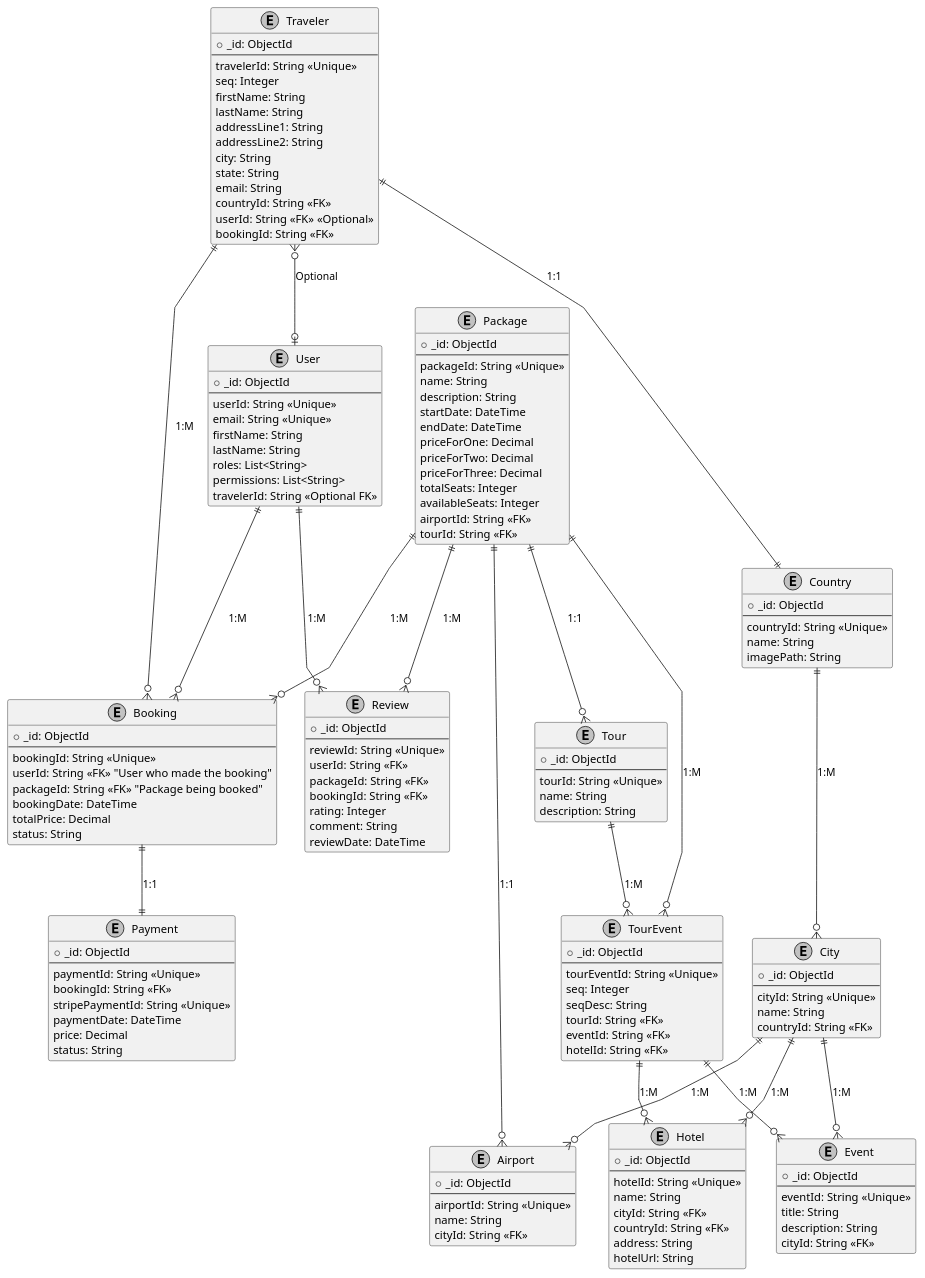
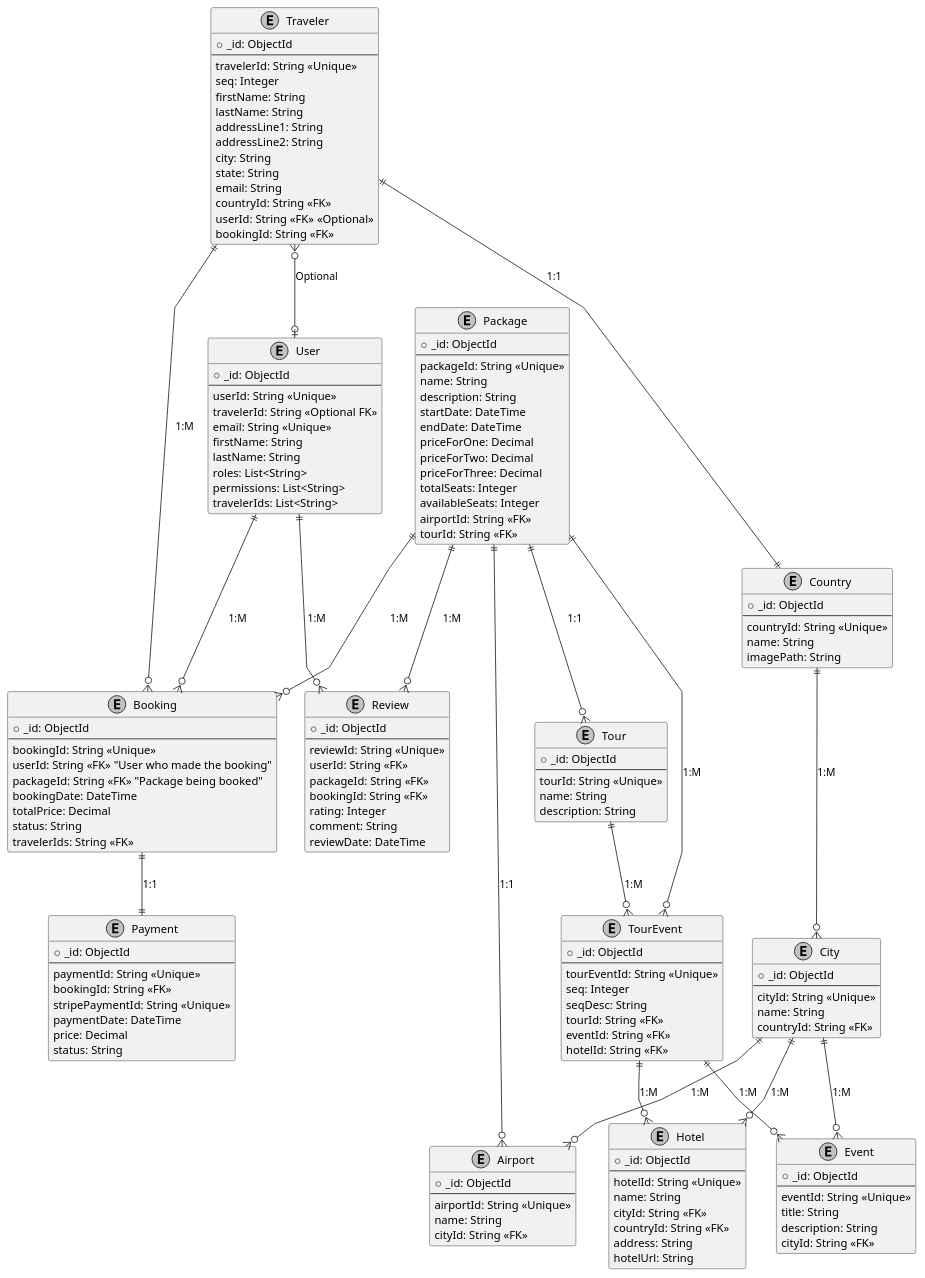
One commit to Hares-2088/TravelTrove changed the diagram in diagrams/C4_l3/C4_l3_database.puml. Above: the diagram before and after it, drawn with PlantUML. The commit also changed 20 other files, not shown here.

Commit message:
finished booking diagrams

```diff
--- a/diagrams/C4_l3/C4_l3_database.puml
+++ b/diagrams/C4_l3/C4_l3_database.puml
@@ -1,173 +1,175 @@
 @startuml
 skinparam linetype polyline
 skinparam monochrome true
 skinparam entity {
     BackgroundColor #DDEEFF
     BorderColor #3366CC
     FontColor Black
 }
 
 ' Entities
 entity "User" as User {
     + _id: ObjectId
     --
       userId: String <<Unique>>
+      travelerId: String <<Optional FK>>
       email: String <<Unique>>
       firstName: String
       lastName: String
       roles: List<String>
       permissions: List<String>
-      travelerId: String <<Optional FK>>
+      travelerIds: List<String>
 }
 
 entity "Traveler" as Traveler {
     + _id: ObjectId
     --
     travelerId: String <<Unique>>
     seq: Integer
     firstName: String
     lastName: String
     addressLine1: String
     addressLine2: String
     city: String
     state: String
     email: String
     countryId: String <<FK>>
     userId: String <<FK>> <<Optional>>
     bookingId: String <<FK>>
 }
 
 entity "Tour" as Tour {
     + _id: ObjectId
     --
     tourId: String <<Unique>>
     name: String
     description: String
 }
 
 entity "Package" as Package {
     + _id: ObjectId
     --
     packageId: String <<Unique>>
     name: String
     description: String
     startDate: DateTime
     endDate: DateTime
     priceForOne: Decimal
     priceForTwo: Decimal
     priceForThree: Decimal
     totalSeats: Integer
     availableSeats: Integer
     airportId: String <<FK>>
     tourId: String <<FK>>
 }
 
 entity "Booking" as Booking {
     + _id: ObjectId
     --
     bookingId: String <<Unique>>
     userId: String <<FK>> "User who made the booking"
     packageId: String <<FK>> "Package being booked"
     bookingDate: DateTime
     totalPrice: Decimal
     status: String
+    travelerIds: String <<FK>>
 }
 
 entity "Payment" as Payment {
     + _id: ObjectId
     --
     paymentId: String <<Unique>>
     bookingId: String <<FK>>
     stripePaymentId: String <<Unique>>
     paymentDate: DateTime
     price: Decimal
     status: String
 }
 
 entity "Review" as Review {
     + _id: ObjectId
     --
     reviewId: String <<Unique>>
     userId: String <<FK>>
     packageId: String <<FK>>
     bookingId: String <<FK>>
     rating: Integer
     comment: String
     reviewDate: DateTime
 }
 
 entity "Hotel" as Hotel {
     + _id: ObjectId
     --
     hotelId: String <<Unique>>
     name: String
     cityId: String <<FK>>
     countryId: String <<FK>>
     address: String
     hotelUrl: String
 }
 
 entity "Airport" as Airport {
     + _id: ObjectId
     --
     airportId: String <<Unique>>
     name: String
     cityId: String <<FK>>
 }
 
 entity "City" as City {
     + _id: ObjectId
     --
     cityId: String <<Unique>>
     name: String
     countryId: String <<FK>>
 }
 
 entity "Country" as Country {
     + _id: ObjectId
     --
     countryId: String <<Unique>>
     name: String
     imagePath: String
 }
 
 entity "Event" as Event {
     + _id: ObjectId
     --
     eventId: String <<Unique>>
     title: String
     description: String
     cityId: String <<FK>>
 }
 
 entity "TourEvent" as TourEvent {
     + _id: ObjectId
     --
     tourEventId: String <<Unique>>
     seq: Integer
     seqDesc: String
     tourId: String <<FK>>
     eventId: String <<FK>>
     hotelId: String <<FK>>
 }
 
 ' Relationships
 User ||--o{ Booking : "1:M"
 User ||--o{ Review : "1:M"
 Package ||--o{ Booking : "1:M"
 Package ||--o{ Review : "1:M"
 Package ||--o{ Tour : "1:1"
 Booking ||--|| Payment : "1:1"
 City ||--o{ Hotel : "1:M"
 City ||--o{ Airport : "1:M"
 Country ||--o{ City : "1:M"
 City ||--o{ Event : "1:M"
 Package ||--o{ Airport : "1:1"
 Package ||--o{ TourEvent : "1:M"
 TourEvent ||--o{ Event : "1:M"
 TourEvent ||--o{ Hotel : "1:M"
 Traveler ||--|| Country : "1:1"
 Traveler ||--o{ Booking : "1:M"
 Traveler }o--o| User : "Optional"
 "Tour" ||--o{ "TourEvent" : "1:M"
 @enduml
```
